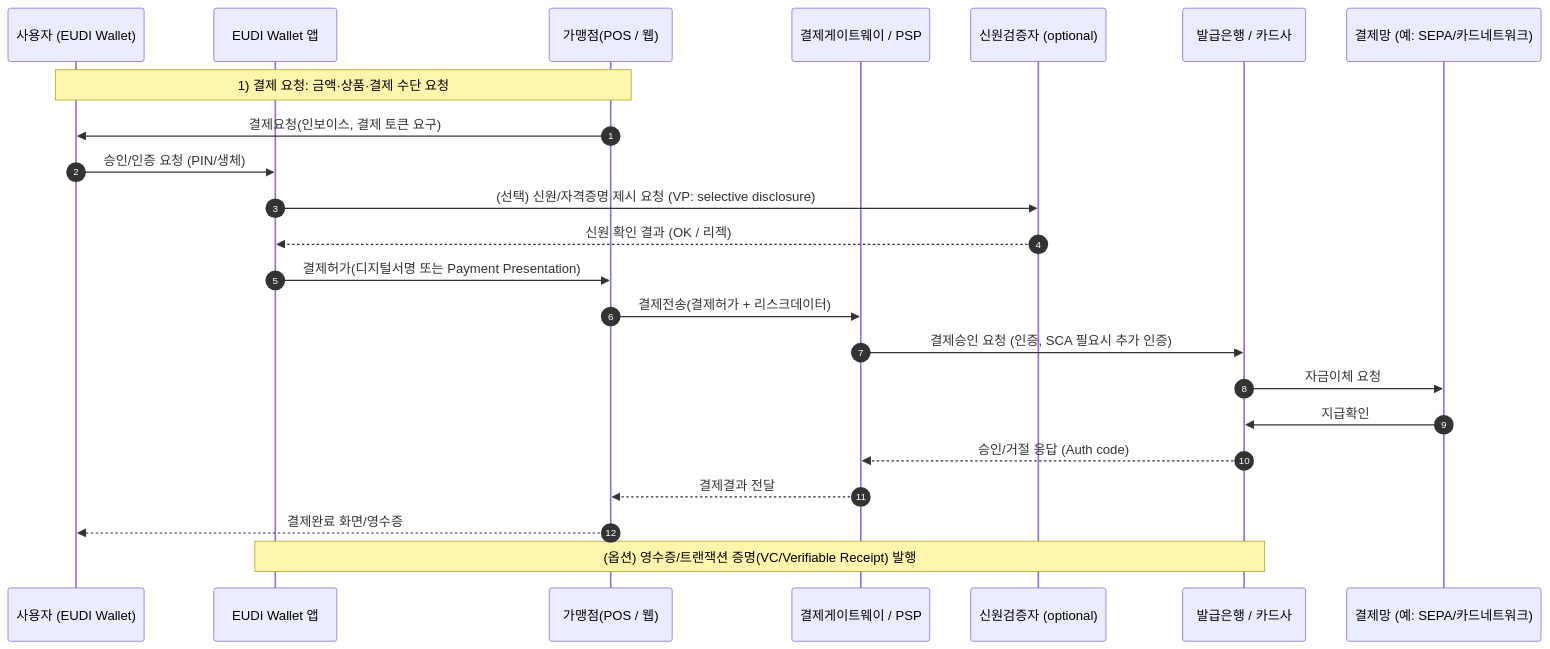
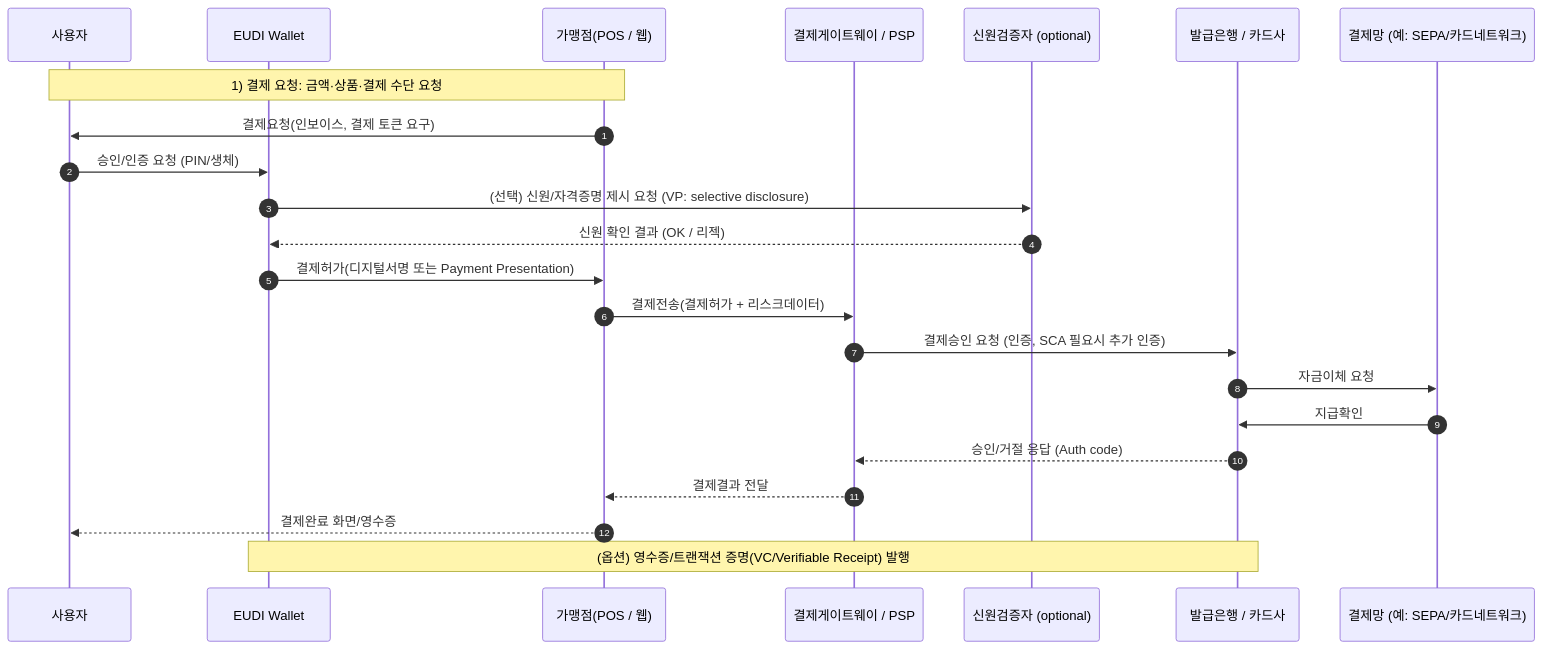
Before and after one commit to kukgini/kukgini.github.io: the second of 3 diagrams in src/ap2/ap2-sample-dpc.md, drawn with Mermaid. The commit also changed other lines of this file, not shown here.

First line of the commit message:
Reduce EUDI Wallet sequence diagram width to 60%

````diff
--- a/src/ap2/ap2-sample-dpc.md
+++ b/src/ap2/ap2-sample-dpc.md
@@ -365,26 +308,26 @@
 ```{mermaid}
 sequenceDiagram
     autonumber
-    participant User as 사용자 (EUDI Wallet)
-    participant Wallet as EUDI Wallet 앱
+    participant User as 사용자
+    participant Wallet as EUDI Wallet
     participant Merchant as 가맹점(POS / 웹)
     participant PSP as 결제게이트웨이 / PSP
     participant Verifier as 신원검증자 (optional)
     participant Issuer as 발급은행 / 카드사
     participant PaymentNet as 결제망 (예: SEPA/카드네트워크)
 
     Note over Merchant,User: 1) 결제 요청: 금액·상품·결제 수단 요청
     Merchant->>User: 결제요청(인보이스, 결제 토큰 요구)
     User->>Wallet: 승인/인증 요청 (PIN/생체)
     Wallet->>Verifier: (선택) 신원/자격증명 제시 요청 (VP: selective disclosure)
     Verifier-->>Wallet: 신원 확인 결과 (OK / 리젝)
     Wallet->>Merchant: 결제허가(디지털서명 또는 Payment Presentation)
     Merchant->>PSP: 결제전송(결제허가 + 리스크데이터)
     PSP->>Issuer: 결제승인 요청 (인증, SCA 필요시 추가 인증)
     Issuer->>PaymentNet: 자금이체 요청
     PaymentNet->>Issuer: 지급확인
     Issuer-->>PSP: 승인/거절 응답 (Auth code)
     PSP-->>Merchant: 결제결과 전달
     Merchant-->>User: 결제완료 화면/영수증
     Note over Wallet,Issuer: (옵션) 영수증/트랜잭션 증명(VC/Verifiable Receipt) 발행
 ```
````
